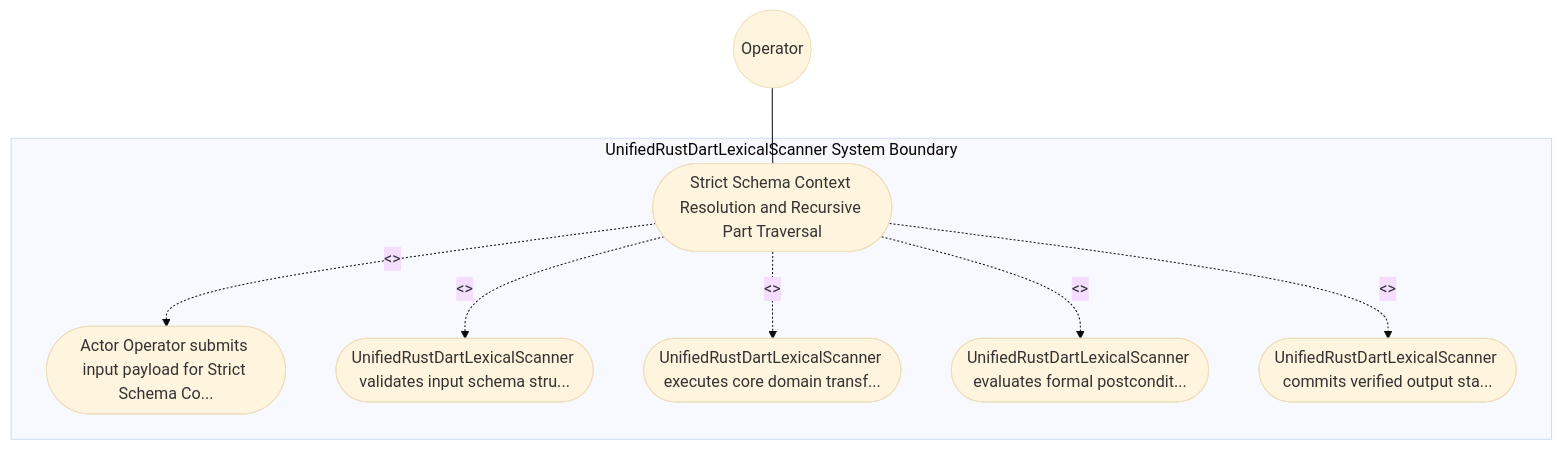
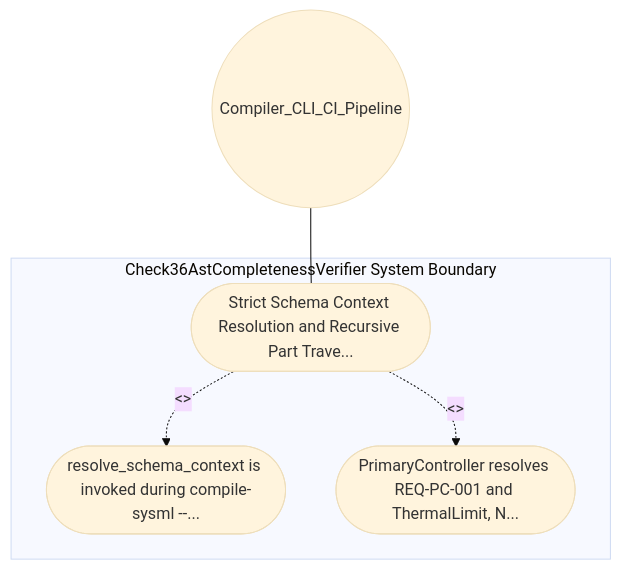
Before and after one commit to gintatkinson/DEAP01-spec-core: the diagram in .pipeline/upstream/docs/use-cases/UC-22-Strict_Schema_Context_Resolution_and_Recursive_Part_Traversal.md, drawn with Mermaid (base theme). The commit also changed other lines of this file and 213 other files, not shown here.

````diff
--- a/.pipeline/upstream/docs/use-cases/UC-22-Strict_Schema_Context_Resolution_and_Recursive_Part_Traversal.md
+++ b/.pipeline/upstream/docs/use-cases/UC-22-Strict_Schema_Context_Resolution_and_Recursive_Part_Traversal.md
@@ -16,17 +16,11 @@
 ```mermaid
 graph TD
-    subgraph "UnifiedRustDartLexicalScanner System Boundary"
-        UC_Main(["Strict Schema Context Resolution and Recursive Part Traversal"])
-        UC_Step01(["Actor Operator submits input payload for Strict Schema Co..."])
-        UC_Step02(["UnifiedRustDartLexicalScanner validates input schema stru..."])
-        UC_Step03(["UnifiedRustDartLexicalScanner executes core domain transf..."])
-        UC_Step04(["UnifiedRustDartLexicalScanner evaluates formal postcondit..."])
-        UC_Step05(["UnifiedRustDartLexicalScanner commits verified output sta..."])
+    subgraph "Check36AstCompletenessVerifier System Boundary"
+        UC_Main(["Strict Schema Context Resolution and Recursive Part Trave..."])
+        UC_Step01(["resolve_schema_context is invoked during compile-sysml --..."])
+        UC_Step02(["PrimaryController resolves REQ-PC-001 and ThermalLimit, N..."])
     end
-    Operator(("Operator")) --- UC_Main
+    Compiler_CLI_CI_Pipeline(("Compiler_CLI_CI_Pipeline")) --- UC_Main
     UC_Main -. "<<include>>" .-> UC_Step01
     UC_Main -. "<<include>>" .-> UC_Step02
-    UC_Main -. "<<include>>" .-> UC_Step03
-    UC_Main -. "<<include>>" .-> UC_Step04
-    UC_Main -. "<<include>>" .-> UC_Step05
 ```
````
